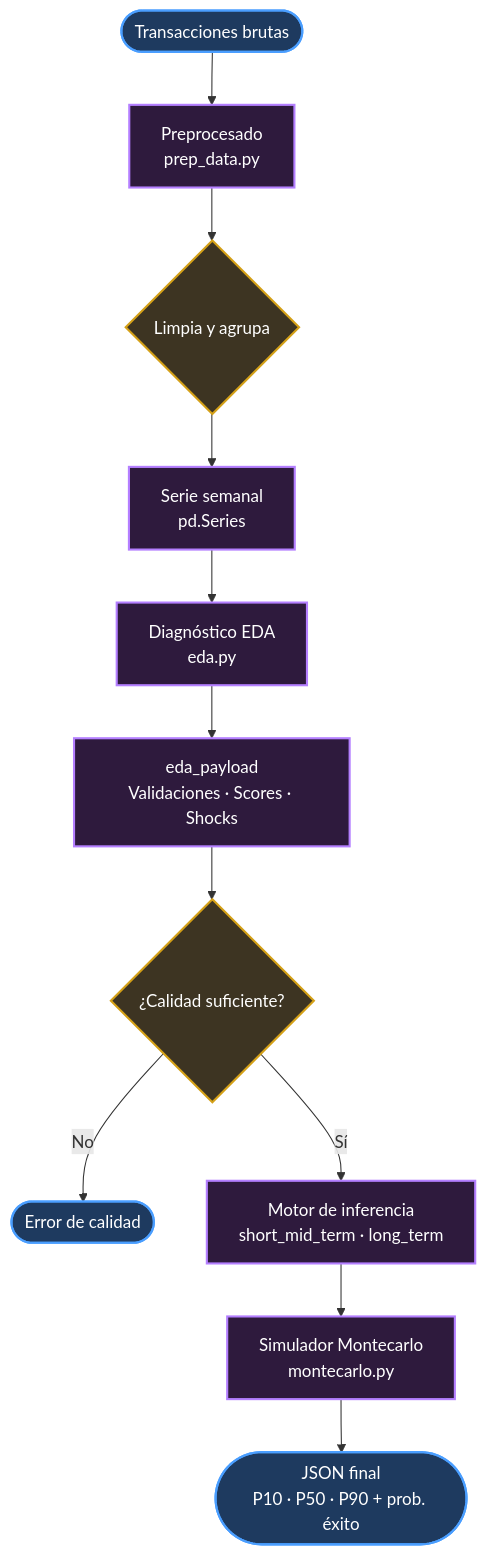
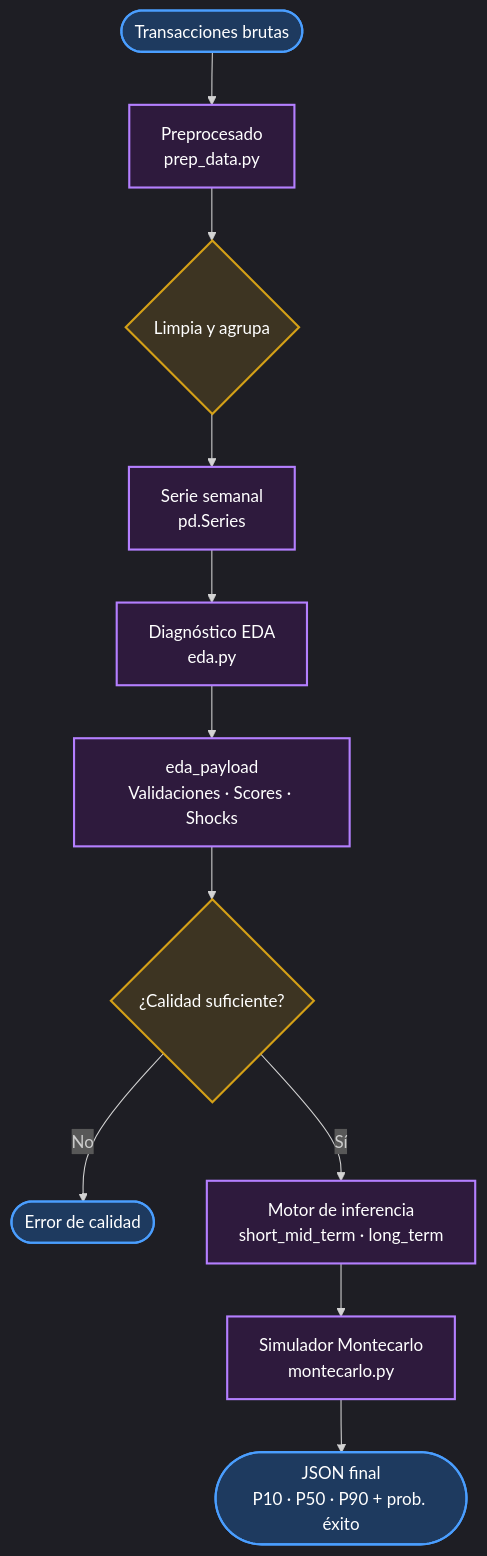
One commit to ygs1629/ia-project-2 changed the third of 3 diagrams in README.md. Above: the diagram before and after it, drawn with Mermaid. The commit also changed other lines of this file, not shown here.

Commit message:
Update README.md with additional mermaid graphs

````diff
--- a/README.md
+++ b/README.md
@@ -215,21 +217,22 @@
 ```mermaid
+%%{init: {'theme': 'dark'}}%%
 graph TD
     classDef node fill:#2e1a3d,stroke:#b47fff,stroke-width:2px,color:#fff;
     classDef decision fill:#3d3422,stroke:#d4a017,stroke-width:2px,color:#fff;
     classDef io fill:#1e3a5f,stroke:#4a9eff,stroke-width:2px,color:#fff;
 
     A(["Transacciones brutas"]) --> B["Preprocesado\nprep_data.py"]
     B --> C{"Limpia y agrupa"}
     C --> D["Serie semanal\npd.Series"]
     D --> E["Diagnóstico EDA\neda.py"]
     E --> F["eda_payload\nValidaciones · Scores · Shocks"]
     F --> G{"¿Calidad suficiente?"}
     G -- No --> H(["Error de calidad"])
     G -- Sí --> I["Motor de inferencia\nshort_mid_term · long_term"]
     I --> J["Simulador Montecarlo\nmontecarlo.py"]
     J --> K(["JSON final\nP10 · P50 · P90 + prob. éxito"])
 
     class B,E,I,J node;
     class C,G decision;
     class A,H,K io;
 ```
````
